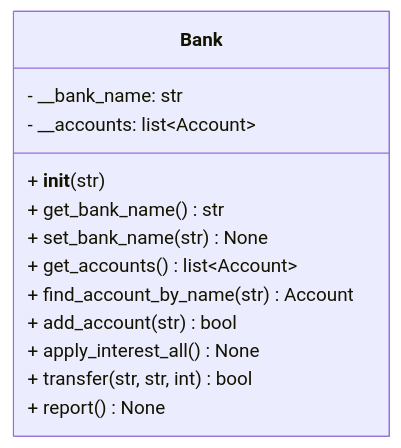
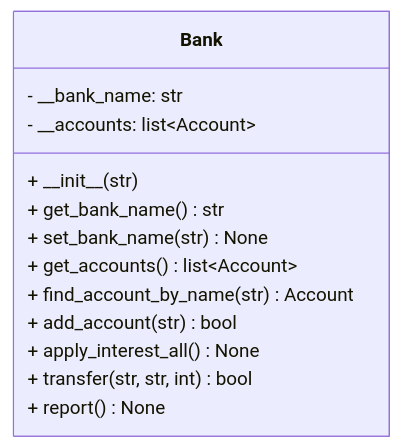
The fifth of 5 diagrams in content/new_syllabus/unit_03_oop/02_encapsulation/_index.md (isf-dp-cs/isf-dp-cs.github.io), drawn with Mermaid before and after one commit. The commit also changed other lines of this file and 2 other files, not shown here.

Commit message:
trying to figure out mermaid underline issue

```diff
--- a/content/new_syllabus/unit_03_oop/02_encapsulation/_index.md
+++ b/content/new_syllabus/unit_03_oop/02_encapsulation/_index.md
@@ -248,16 +248,16 @@
 {{< mermaid >}}
 classDiagram
     class Bank {
         - __bank_name: str
         - __accounts: list~Account~
-        + __init__(str)
+        + \_\_init__(str)
         + get_bank_name() str
         + set_bank_name(str) None
         + get_accounts() list~Account~
         + find_account_by_name(str) Account
         + add_account(str) bool
         + apply_interest_all() None
         + transfer(str, str, int) bool
         + report() None
     }    
 {{< /mermaid >}}
```
